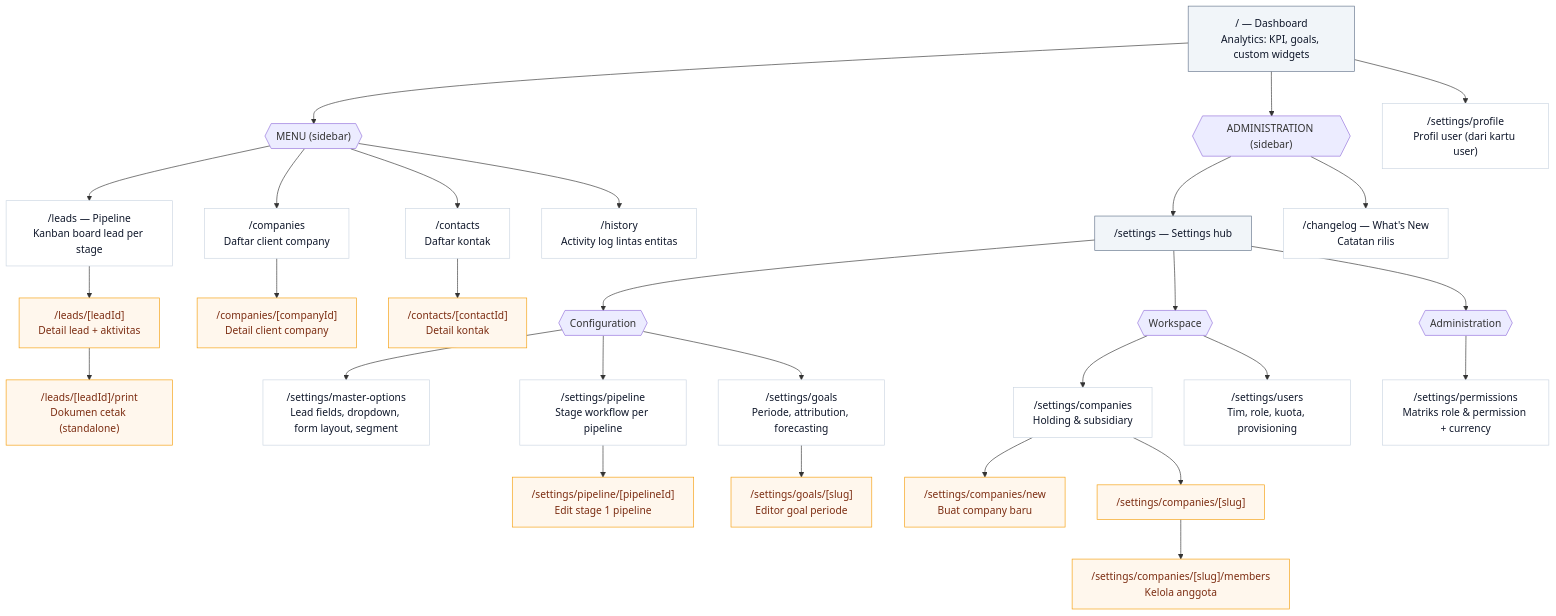
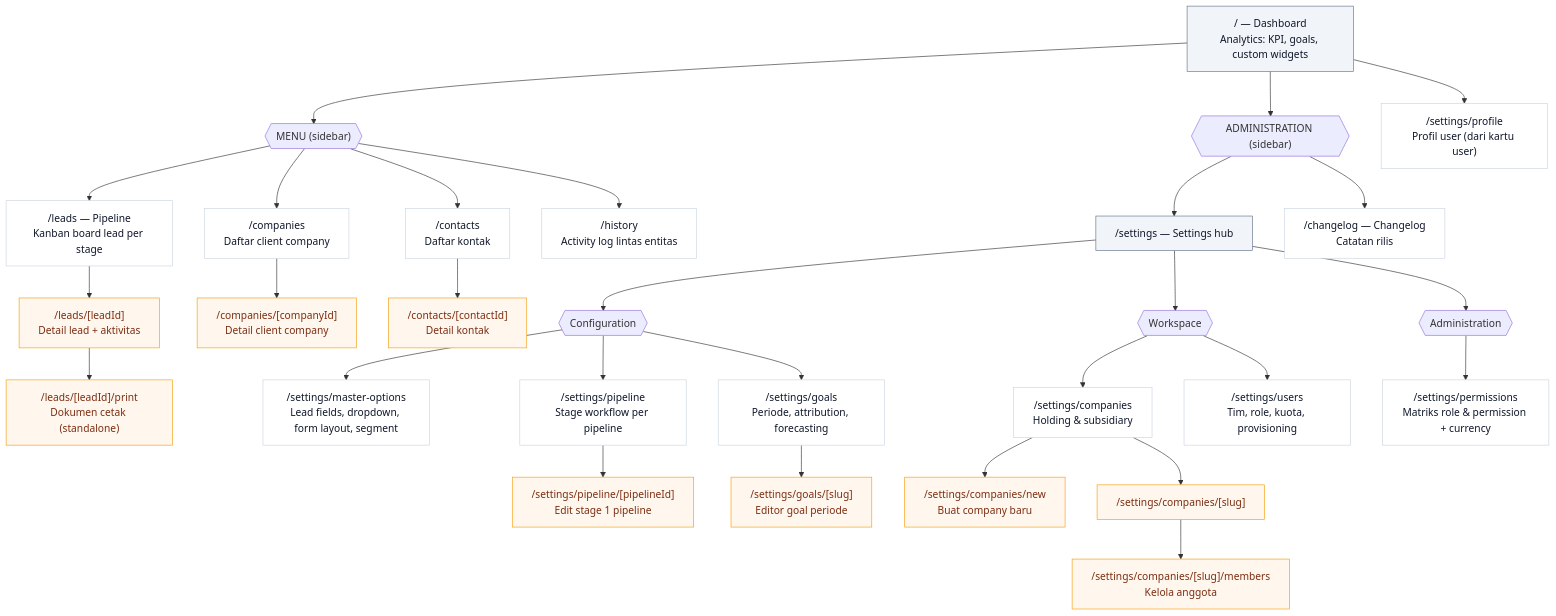
The second of 2 diagrams in docs/sitemap.md (werkudaraevent-eng/grouplead), drawn with Mermaid before and after one commit. The commit also changed other lines of this file and 2 other files, not shown here.

Commit message:
feat(changelog): rename 'What's New' to 'Changelog' with ScrollText icon

````diff
--- a/docs/sitemap.md
+++ b/docs/sitemap.md
@@ -41,51 +41,51 @@
 ```mermaid
 flowchart TD
     Home["/ — Dashboard<br/>Analytics: KPI, goals, custom widgets"]
 
     Home --> Menu{{"MENU (sidebar)"}}
     Home --> Admin{{"ADMINISTRATION (sidebar)"}}
     Home --> Profile["/settings/profile<br/>Profil user (dari kartu user)"]
 
     %% ---------- MENU ----------
     Menu --> Pipeline["/leads — Pipeline<br/>Kanban board lead per stage"]
     Menu --> Companies["/companies<br/>Daftar client company"]
     Menu --> Contacts["/contacts<br/>Daftar kontak"]
     Menu --> History["/history<br/>Activity log lintas entitas"]
 
     Pipeline --> LeadDetail["/leads/[leadId]<br/>Detail lead + aktivitas"]
     LeadDetail --> LeadPrint["/leads/[leadId]/print<br/>Dokumen cetak (standalone)"]
 
     Companies --> CompanyDetail["/companies/[companyId]<br/>Detail client company"]
     Contacts --> ContactDetail["/contacts/[contactId]<br/>Detail kontak"]
 
     %% ---------- ADMINISTRATION ----------
     Admin --> Settings["/settings — Settings hub"]
-    Admin --> Changelog["/changelog — What's New<br/>Catatan rilis"]
+    Admin --> Changelog["/changelog — Changelog<br/>Catatan rilis"]
 
     Settings --> Config{{"Configuration"}}
     Settings --> Workspace{{"Workspace"}}
     Settings --> Access{{"Administration"}}
 
     Config --> Master["/settings/master-options<br/>Lead fields, dropdown, form layout, segment"]
     Config --> PipelineCfg["/settings/pipeline<br/>Stage workflow per pipeline"]
     Config --> GoalsCfg["/settings/goals<br/>Periode, attribution, forecasting"]
 
     PipelineCfg --> PipelineId["/settings/pipeline/[pipelineId]<br/>Edit stage 1 pipeline"]
     GoalsCfg --> GoalSlug["/settings/goals/[slug]<br/>Editor goal periode"]
 
     Workspace --> CompaniesCfg["/settings/companies<br/>Holding & subsidiary"]
     Workspace --> Users["/settings/users<br/>Tim, role, kuota, provisioning"]
 
     CompaniesCfg --> CompanyNew["/settings/companies/new<br/>Buat company baru"]
     CompaniesCfg --> CompanySlug["/settings/companies/[slug]"]
     CompanySlug --> CompanyMembers["/settings/companies/[slug]/members<br/>Kelola anggota"]
 
     Access --> Perms["/settings/permissions<br/>Matriks role & permission + currency"]
 
     classDef hub fill:#f1f5f9,stroke:#64748b,color:#0f172a;
     classDef page fill:#ffffff,stroke:#cbd5e1,color:#0f172a;
     classDef detail fill:#fff7ed,stroke:#f59e0b,color:#7c2d12;
     class Home,Settings hub;
     class Pipeline,Companies,Contacts,History,Changelog,Master,PipelineCfg,GoalsCfg,CompaniesCfg,Users,Perms,Profile page;
     class LeadDetail,LeadPrint,CompanyDetail,ContactDetail,PipelineId,GoalSlug,CompanyNew,CompanySlug,CompanyMembers detail;
 ```
````
